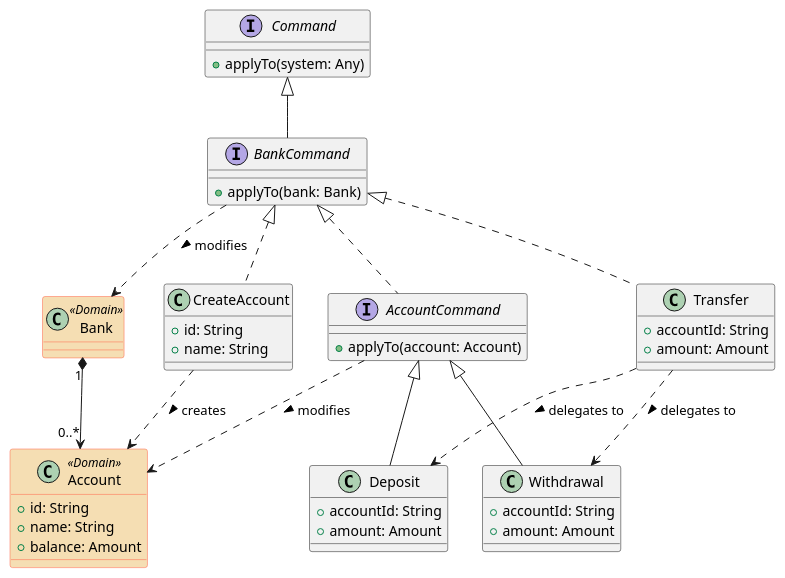
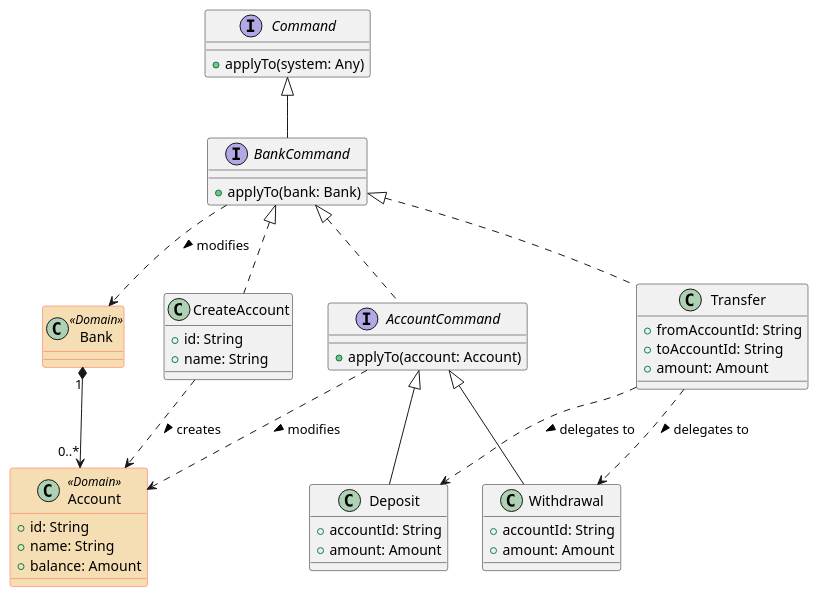
One commit to xrrocha/kmemimg changed the diagram in bank.puml. Above: the diagram before and after it, drawn with PlantUML.

Commit message:
Fixed Transfer in bank class diagram

```diff
--- a/bank.puml
+++ b/bank.puml
@@ -1,59 +1,60 @@
 @startuml
 skinparam class {
     BackgroundColor<<Domain>> Wheat
     BorderColor<<Domain>> Tomato
 }
 
 interface Command {
     + applyTo(system: Any)
 }
 
 together {
     class Bank <<Domain>> {
     }
     class Account <<Domain>> {
         + id: String
         + name: String
         + balance: Amount
     }
     Bank "1" *--> "0..*" Account
 }
 
     interface BankCommand {
         + applyTo(bank: Bank)
     }
     Command <|-- BankCommand
     BankCommand ..> Bank: modifies >
 
 class CreateAccount {
     + id: String
     + name: String
 }
 BankCommand <|.. CreateAccount
 CreateAccount ..> Account: creates >
 
 together {
     interface AccountCommand {
         + applyTo(account: Account)
     }
     BankCommand <|.. AccountCommand
     AccountCommand ..> Account: modifies >
     class Deposit extends AccountCommand {
         + accountId: String
         + amount: Amount
     }
 
     class Withdrawal extends AccountCommand {
         + accountId: String
         + amount: Amount
     }
 }
 
 class Transfer implements BankCommand {
-    + accountId: String
+    + fromAccountId: String
+    + toAccountId: String
     + amount: Amount
 }
 Transfer ..> Deposit: delegates to >
 Transfer ..> Withdrawal: delegates to >
 
 @enduml
```
